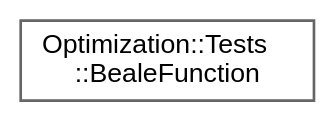
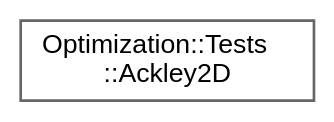
The diagram in inherit_graph_38.dot (jswoo0615/Algorithms_for_Optimization_cpp), drawn with Graphviz before and after one commit. The commit also changed 46 other files, not shown here.

```diff
--- a/inherit_graph_38.dot
+++ b/inherit_graph_38.dot
@@ -1,9 +1,9 @@
 digraph "Graphical Class Hierarchy"
 {
  // LATEX_PDF_SIZE
   bgcolor="transparent";
   edge [fontname=Helvetica,fontsize=10,labelfontname=Helvetica,labelfontsize=10];
   node [fontname=Helvetica,fontsize=10,shape=box,height=0.2,width=0.4];
   rankdir="LR";
-  Node0 [id="Node000000",label="Optimization::Tests\l::BealeFunction",height=0.2,width=0.4,color="grey40", fillcolor="white", style="filled",URL="$structOptimization_1_1Tests_1_1BealeFunction.html",tooltip="Beale Function."];
+  Node0 [id="Node000000",label="Optimization::Tests\l::Ackley2D",height=0.2,width=0.4,color="grey40", fillcolor="white", style="filled",URL="$structOptimization_1_1Tests_1_1Ackley2D.html",tooltip=" "];
 }
```
